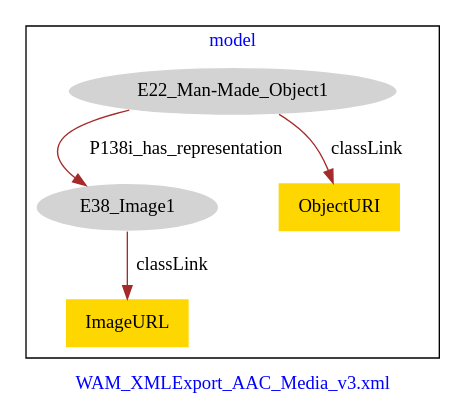
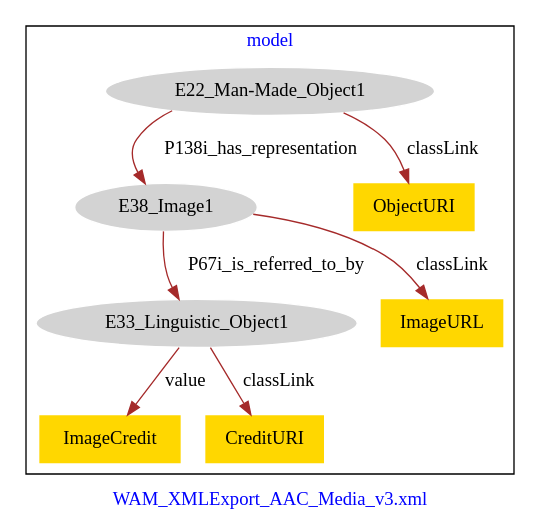
The diagram in WAM_AAC_Media/WAM_AAC_Media-model.dot (american-art/wam), drawn with Graphviz before and after one commit.

Commit message:
Update file WAM_AAC_Media-model.dot

```diff
--- a/WAM_AAC_Media/WAM_AAC_Media-model.dot
+++ b/WAM_AAC_Media/WAM_AAC_Media-model.dot
@@ -1,15 +1,21 @@
 digraph n0 {
 fontcolor="blue"
 remincross="true"
 label="WAM_XMLExport_AAC_Media_v3.xml"
 subgraph cluster {
 label="model"
 n2[style="filled",color="white",fillcolor="lightgray",label="E22_Man-Made_Object1"];
 n3[style="filled",color="white",fillcolor="lightgray",label="E38_Image1"];
-n4[shape="plaintext",style="filled",fillcolor="gold",label="ImageURL"];
-n5[shape="plaintext",style="filled",fillcolor="gold",label="ObjectURI"];
+n4[style="filled",color="white",fillcolor="lightgray",label="E33_Linguistic_Object1"];
+n5[shape="plaintext",style="filled",fillcolor="gold",label="ImageCredit"];
+n6[shape="plaintext",style="filled",fillcolor="gold",label="ImageURL"];
+n7[shape="plaintext",style="filled",fillcolor="gold",label="CreditURI"];
+n8[shape="plaintext",style="filled",fillcolor="gold",label="ObjectURI"];
 }
 n2 -> n3[color="brown",fontcolor="black",label="P138i_has_representation"]
-n3 -> n4[color="brown",fontcolor="black",label="classLink"]
-n2 -> n5[color="brown",fontcolor="black",label="classLink"]
+n3 -> n4[color="brown",fontcolor="black",label="P67i_is_referred_to_by"]
+n4 -> n5[color="brown",fontcolor="black",label="value"]
+n3 -> n6[color="brown",fontcolor="black",label="classLink"]
+n4 -> n7[color="brown",fontcolor="black",label="classLink"]
+n2 -> n8[color="brown",fontcolor="black",label="classLink"]
 }
```
